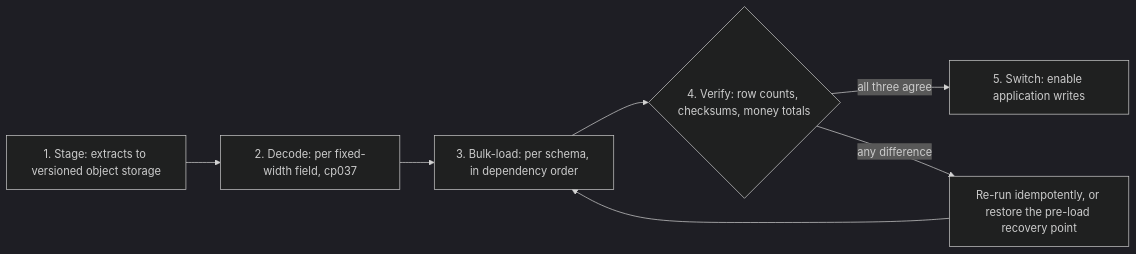
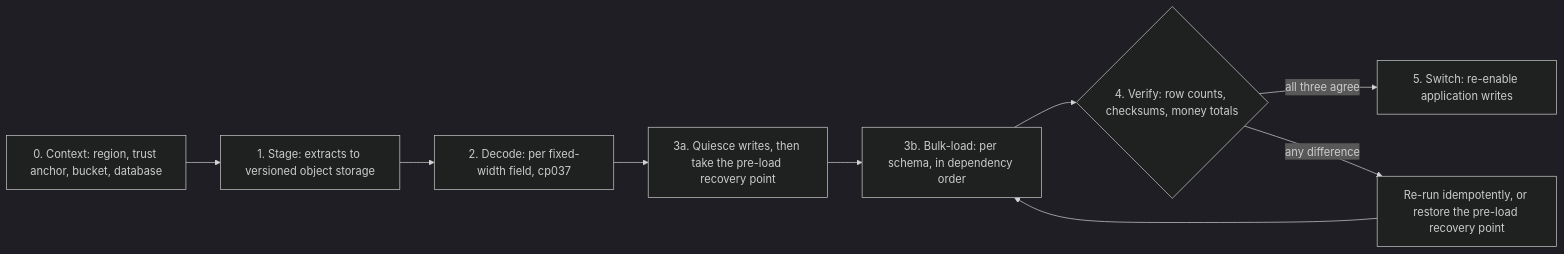
Before and after one commit to Blitzy-LocalStack/aws-mainframe-modernization-carddemo: the diagram in docs/runbooks/data-migration.md, drawn with Mermaid (dark theme). The commit also changed other lines of this file and 325 other files, not shown here.

````diff
--- a/docs/runbooks/data-migration.md
+++ b/docs/runbooks/data-migration.md
@@ -114,12 +248,17 @@
 ```mermaid
 graph LR
-    S["1. Stage: extracts to versioned object storage"] --> D["2. Decode: per fixed-width field, cp037"]
-    D --> L["3. Bulk-load: per schema, in dependency order"]
+    C["0. Context: region, trust anchor, bucket, database"] --> S["1. Stage: extracts to versioned object storage"]
+    S --> D["2. Decode: per fixed-width field, cp037"]
+    D --> Q["3a. Quiesce writes, then take the pre-load recovery point"]
+    Q --> L["3b. Bulk-load: per schema, in dependency order"]
     L --> V{"4. Verify: row counts, checksums, money totals"}
-    V -->|all three agree| W["5. Switch: enable application writes"]
+    V -->|all three agree| W["5. Switch: re-enable application writes"]
     V -->|any difference| R["Re-run idempotently, or restore the pre-load recovery point"]
     R --> L
 %% Verification is a GATE before the switch, not a report after it. The edge from V to W
 %% exists only when all three passes agree; there is deliberately no edge that reaches W
 %% without passing through V.
+%% The recovery point is taken in 3a, BEFORE the first load, because that is the only
+%% moment at which it represents the state a roll-back would return to. The R edge is
+%% reachable only because Q precedes L.
 ```
````
